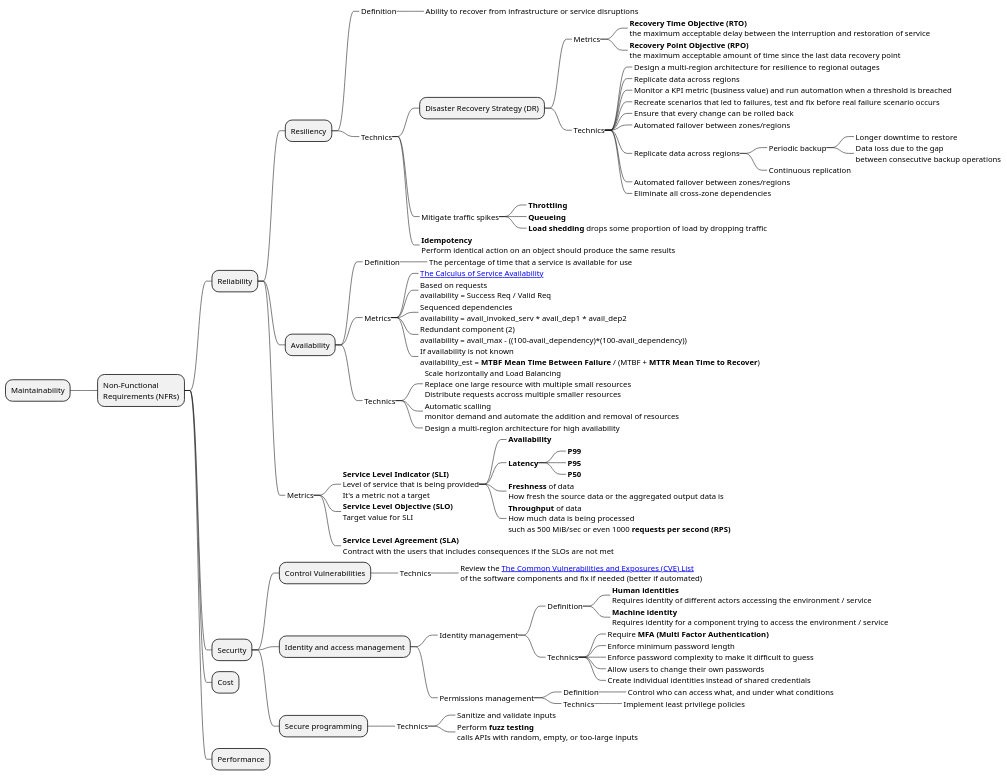
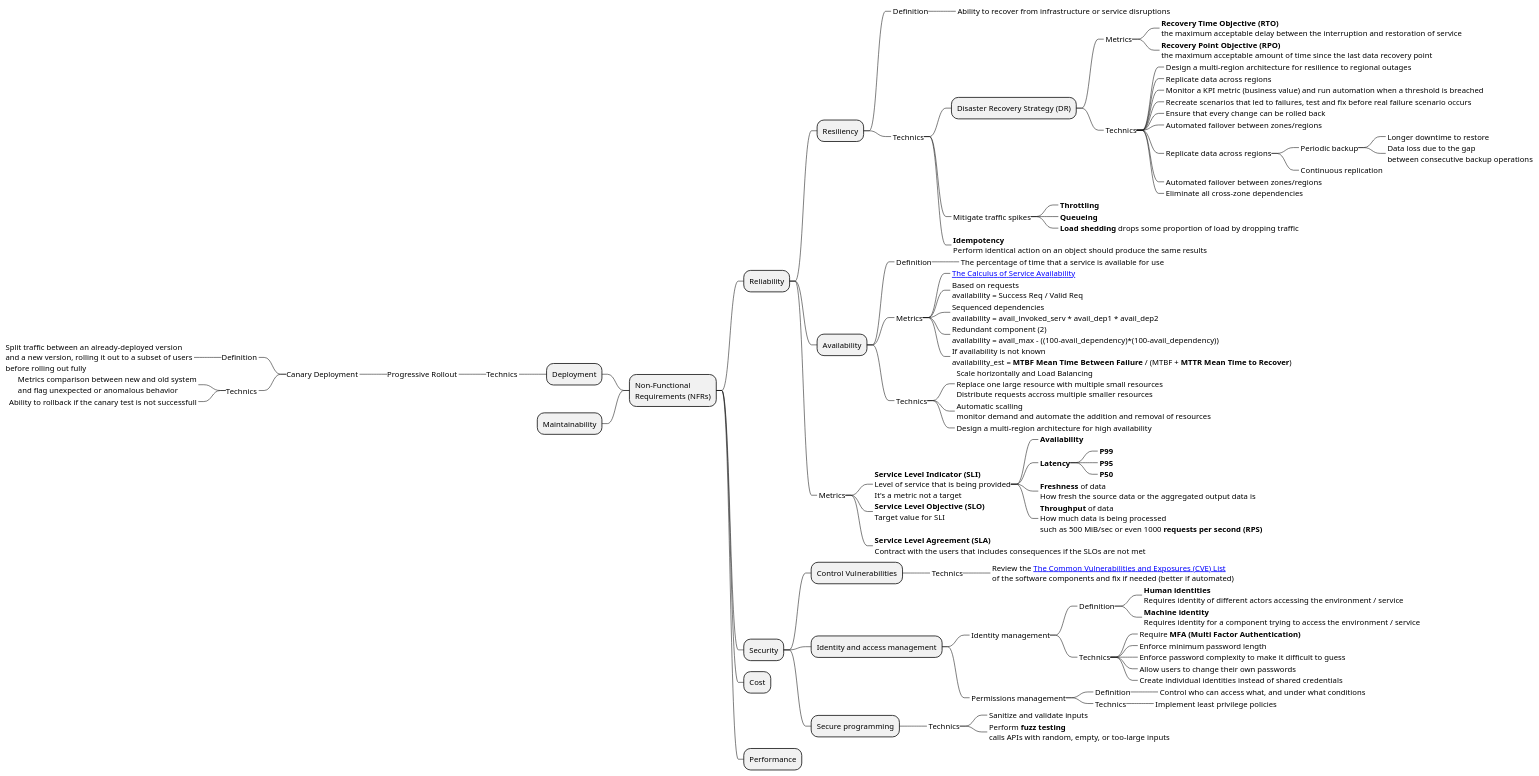
One commit to anaselhajjaji/non-functional-requirements-map changed the diagram in non-functional-requirements-map.pu. Above: the diagram before and after it, drawn with PlantUML.

Commit message:
adds deployment

```diff
--- a/non-functional-requirements-map.pu
+++ b/non-functional-requirements-map.pu
@@ -1,90 +1,100 @@
 @startmindmap "Non-Functional Requirements Map"
 
 + Non-Functional\nRequirements (NFRs)
 
 ++ Reliability
 +++ Resiliency
 ++++_ Definition
 +++++_ Ability to recover from infrastructure or service disruptions
 ++++_ Technics
 +++++ Disaster Recovery Strategy (DR)
 ++++++_ Metrics
 +++++++_ **Recovery Time Objective (RTO)**\nthe maximum acceptable delay between the interruption and restoration of service
 +++++++_ **Recovery Point Objective (RPO)**\nthe maximum acceptable amount of time since the last data recovery point
 ++++++_ Technics
 +++++++_ Design a multi-region architecture for resilience to regional outages
 +++++++_ Replicate data across regions
 +++++++_ Monitor a KPI metric (business value) and run automation when a threshold is breached
 +++++++_ Recreate scenarios that led to failures, test and fix before real failure scenario occurs
 +++++++_ Ensure that every change can be rolled back
 +++++++_ Automated failover between zones/regions
 +++++++_ Replicate data across regions
 ++++++++_ Periodic backup
 +++++++++_ Longer downtime to restore
 +++++++++_ Data loss due to the gap\nbetween consecutive backup operations
 ++++++++_ Continuous replication
 +++++++_ Automated failover between zones/regions
 +++++++_ Eliminate all cross-zone dependencies
 +++++_ Mitigate traffic spikes
 ++++++_ **Throttling**
 ++++++_ **Queueing**
 ++++++_ **Load shedding** drops some proportion of load by dropping traffic
 +++++_ **Idempotency**\nPerform identical action on an object should produce the same results
 +++ Availability
 ++++_ Definition
 +++++_ The percentage of time that a service is available for use
 ++++_ Metrics
 +++++_ [[https://research.google/pubs/pub46285/ The Calculus of Service Availability]]
 +++++_ Based on requests\navailability = Success Req / Valid Req
 +++++_ Sequenced dependencies\navailability = avail_invoked_serv * avail_dep1 * avail_dep2
 +++++_ Redundant component (2)\navailability = avail_max - ((100-avail_dependency)*(100-avail_dependency))
 +++++_ If availability is not known\navailability_est = **MTBF Mean Time Between Failure** / (MTBF + **MTTR Mean Time to Recover**)
 ++++_ Technics
 +++++_ Scale horizontally and Load Balancing\nReplace one large resource with multiple small resources\nDistribute requests accross multiple smaller resources
 +++++_ Automatic scalling\nmonitor demand and automate the addition and removal of resources
 +++++_ Design a multi-region architecture for high availability
 
 +++_ Metrics
 ++++_ **Service Level Indicator (SLI)**\nLevel of service that is being provided\nIt's a metric not a target
 +++++_ **Availability**
 +++++_ **Latency**
 ++++++_ **P99**
 ++++++_ **P95**
 ++++++_ **P50**
 +++++_ **Freshness** of data\nHow fresh the source data or the aggregated output data is
 +++++_ **Throughput** of data\nHow much data is being processed\nsuch as 500 MiB/sec or even 1000 **requests per second (RPS)**
 ++++_ **Service Level Objective (SLO)**\nTarget value for SLI
 ++++_ **Service Level Agreement (SLA)**\nContract with the users that includes consequences if the SLOs are not met
 
 ++ Security
 +++ Control Vulnerabilities
 ++++_ Technics
 +++++_ Review the [[https://cve.mitre.org/ The Common Vulnerabilities and Exposures (CVE) List]]\nof the software components and fix if needed (better if automated)
 +++ Identity and access management
 ++++_ Identity management
 +++++_ Definition
 ++++++_ **Human identities**\nRequires identity of different actors accessing the environment / service
 ++++++_ **Machine identity**\nRequires identity for a component trying to access the environment / service
 +++++_ Technics
 ++++++_ Require **MFA (Multi Factor Authentication)**
 ++++++_ Enforce minimum password length
 ++++++_ Enforce password complexity to make it difficult to guess
 ++++++_ Allow users to change their own passwords
 ++++++_ Create individual identities instead of shared credentials
 ++++_ Permissions management
 +++++_ Definition
 ++++++_ Control who can access what, and under what conditions
 +++++_ Technics
 ++++++_ Implement least privilege policies
 +++ Secure programming
 ++++_ Technics
 +++++_ Sanitize and validate inputs
 +++++_ Perform **fuzz testing**\ncalls APIs with random, empty, or too-large inputs
 
 
 ++ Cost
 ++ Performance
 
+-- Deployment
+---_ Technics
+----_ Progressive Rollout
+-----_ Canary Deployment
+------_ Definition
+-------_ Split traffic between an already-deployed version\nand a new version, rolling it out to a subset of users\nbefore rolling out fully
+------_ Technics
+-------_ Metrics comparison between new and old system\nand flag unexpected or anomalous behavior
+-------_ Ability to rollback if the canary test is not successfull
+
 -- Maintainability
 
 @endmindmap
```
